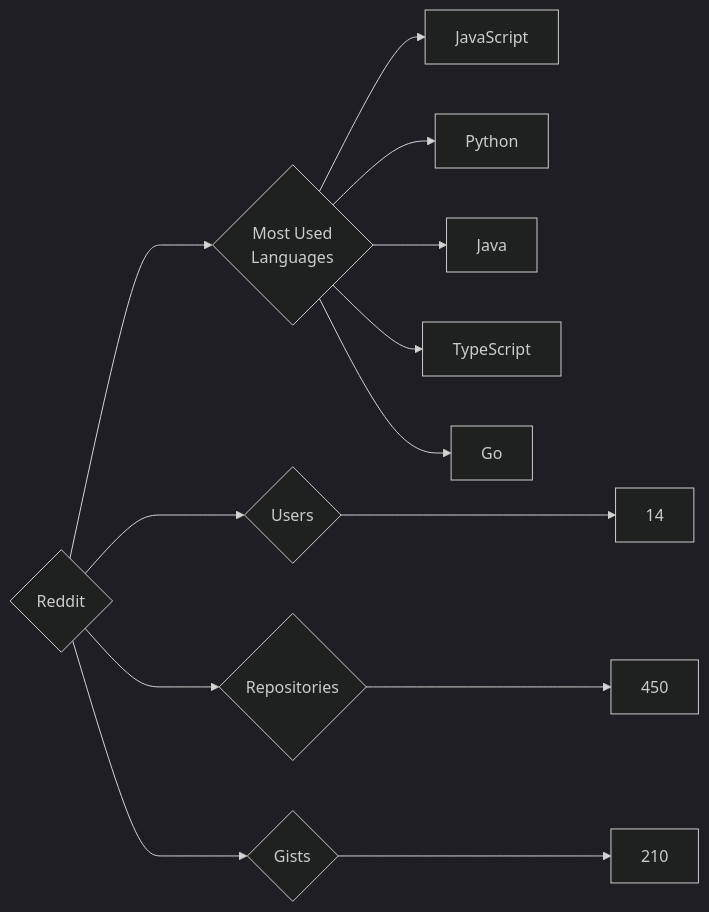
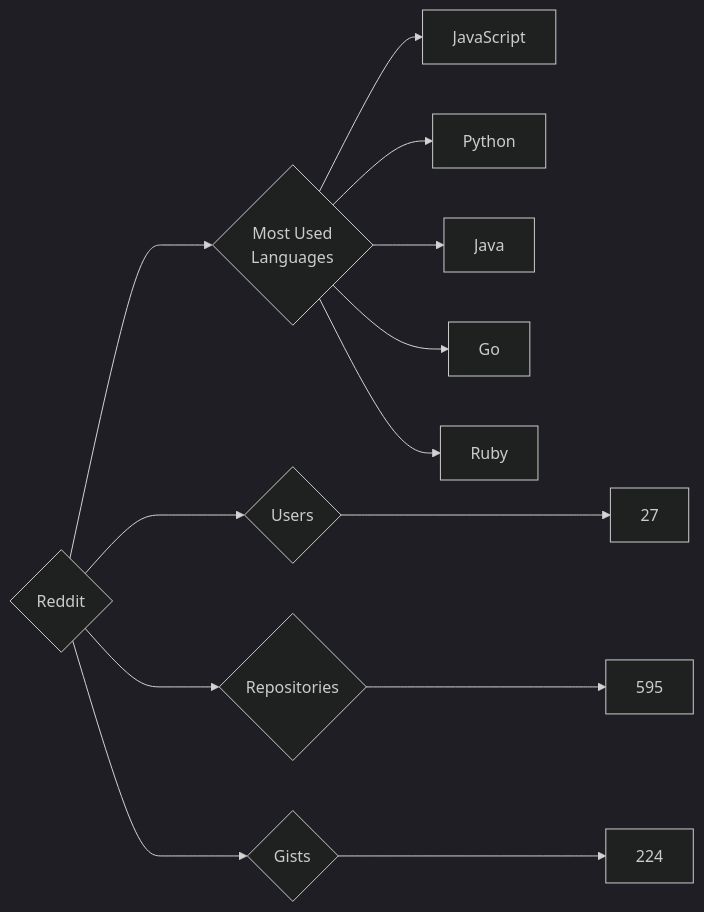
Before and after one commit to trickest/insiders: the diagram in targets/Reddit/README.md, drawn with Mermaid (dark theme). The commit also changed 920 other files, not shown here.

````diff
--- a/targets/Reddit/README.md
+++ b/targets/Reddit/README.md
@@ -3,13 +3,13 @@
 ```mermaid
 graph LR
 COMPANY_NAME{Reddit}
-COMPANY_NAME ---> U{Users} ---> UN[14]
-COMPANY_NAME ---> R{Repositories} ---> RN[450]
-COMPANY_NAME ---> G{Gists} ---> GN[210]
+COMPANY_NAME ---> U{Users} ---> UN[27]
+COMPANY_NAME ---> R{Repositories} ---> RN[595]
+COMPANY_NAME ---> G{Gists} ---> GN[224]
 COMPANY_NAME ---> ML{Most Used<br>Languages}
 ML --> JavaScript[JavaScript]
 ML --> Python[Python]
 ML --> Java[Java]
-ML --> TypeScript[TypeScript]
 ML --> Go[Go]
+ML --> Ruby[Ruby]
 ```
````
